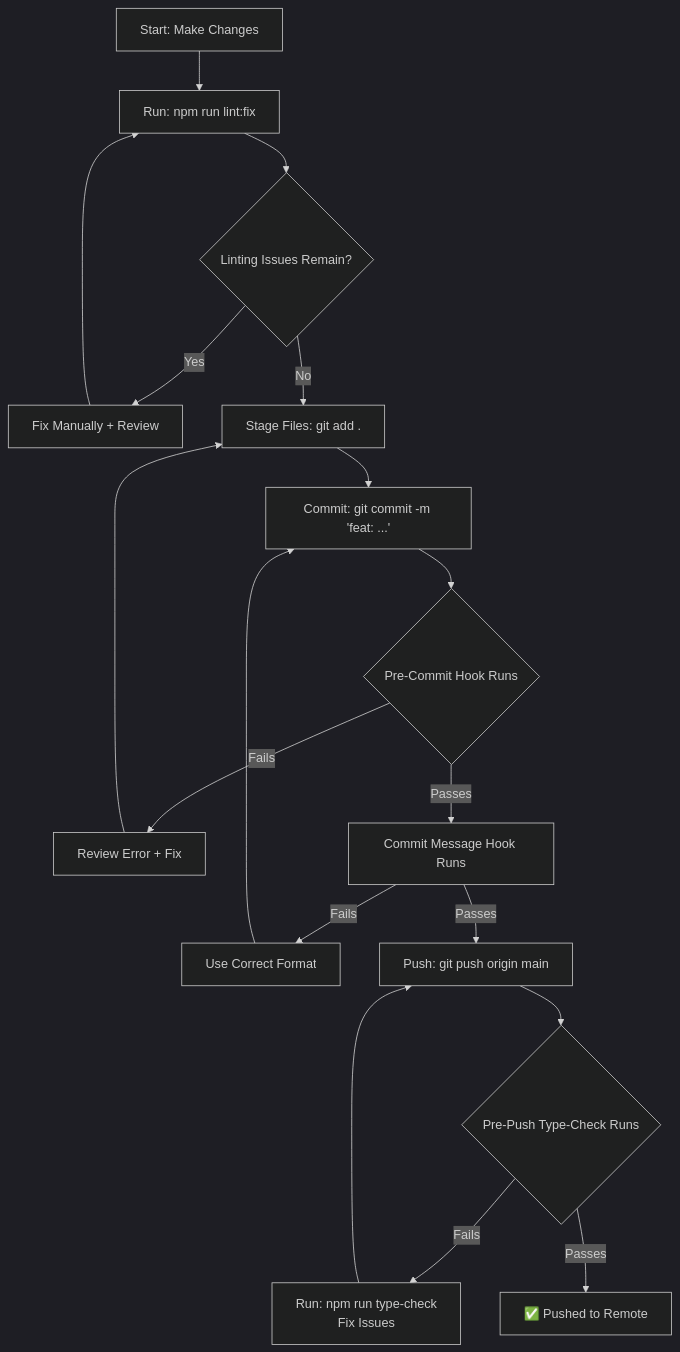
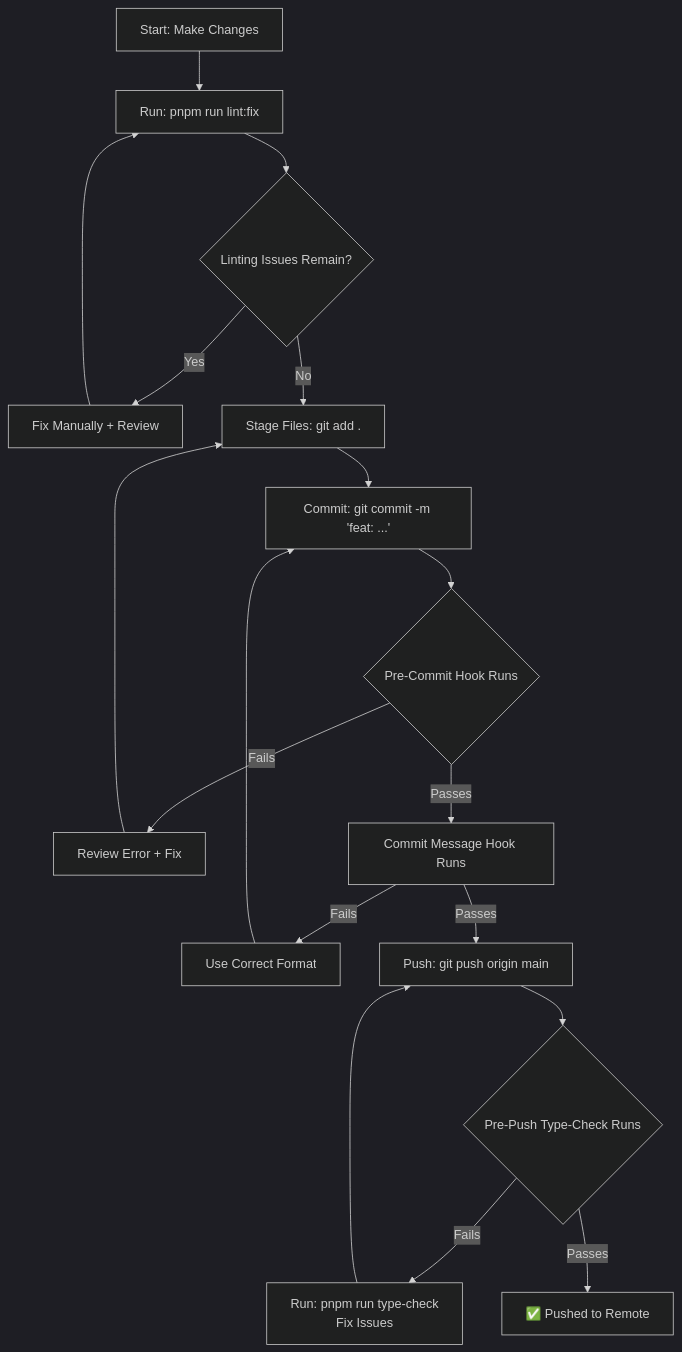
One commit to Ramsey-USA/mh-website changed the diagram in .github/DEVELOPMENT_SETUP.md. Above: the diagram before and after it, drawn with Mermaid (dark theme). The commit also changed other lines of this file and 96 other files, not shown here.

````diff
--- a/.github/DEVELOPMENT_SETUP.md
+++ b/.github/DEVELOPMENT_SETUP.md
@@ -145,20 +151,20 @@
 ```mermaid
 graph TD
-    A["Start: Make Changes"] --> B["Run: npm run lint:fix"]
+    A["Start: Make Changes"] --> B["Run: pnpm run lint:fix"]
     B --> C{"Linting Issues Remain?"}
     C -->|Yes| D["Fix Manually + Review"]
     D --> B
     C -->|No| E["Stage Files: git add ."]
     E --> F["Commit: git commit -m 'feat: ...'"]
     F --> G{"Pre-Commit Hook Runs"}
     G -->|Fails| H["Review Error + Fix"]
     H --> E
     G -->|Passes| I["Commit Message Hook Runs"]
     I -->|Fails| J["Use Correct Format"]
     J --> F
     I -->|Passes| K["Push: git push origin main"]
     K --> L{"Pre-Push Type-Check Runs"}
-    L -->|Fails| M["Run: npm run type-check<br/>Fix Issues"]
+    L -->|Fails| M["Run: pnpm run type-check<br/>Fix Issues"]
     M --> K
     L -->|Passes| N["✅ Pushed to Remote"]
 ```
````
